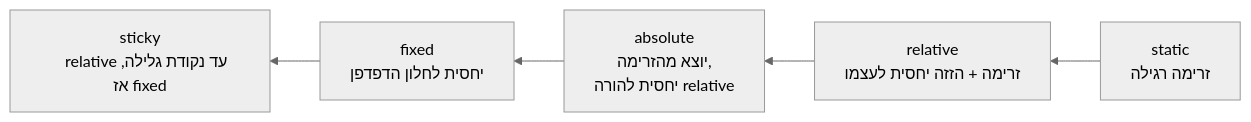
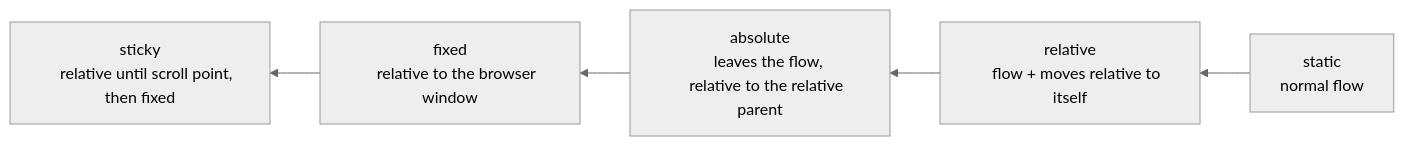
Before and after one commit to neriyaMalachi/FullStack_kodkode_5: the diagram in content/docs/css/71-css-position-content.md, drawn with Mermaid (neutral theme). The commit also changed other lines of this file and 117 other files, not shown here.

````diff
--- a/content/docs/css/71-css-position-content.md
+++ b/content/docs/css/71-css-position-content.md
@@ -49,13 +49,13 @@
 ```mermaid
 flowchart RL
     A["static
-    זרימה רגילה"] --> B["relative
-    זרימה + הזזה יחסית לעצמו"]
+    normal flow"] --> B["relative
+    flow + moves relative to itself"]
     B --> C["absolute
-    יוצא מהזרימה,
-    יחסית להורה relative"]
+    leaves the flow,
+    relative to the relative parent"]
     C --> D["fixed
-    יחסית לחלון הדפדפן"]
+    relative to the browser window"]
     D --> E["sticky
-    relative עד נקודת גלילה, אז fixed"]
+    relative until scroll point, then fixed"]
 ```
````
